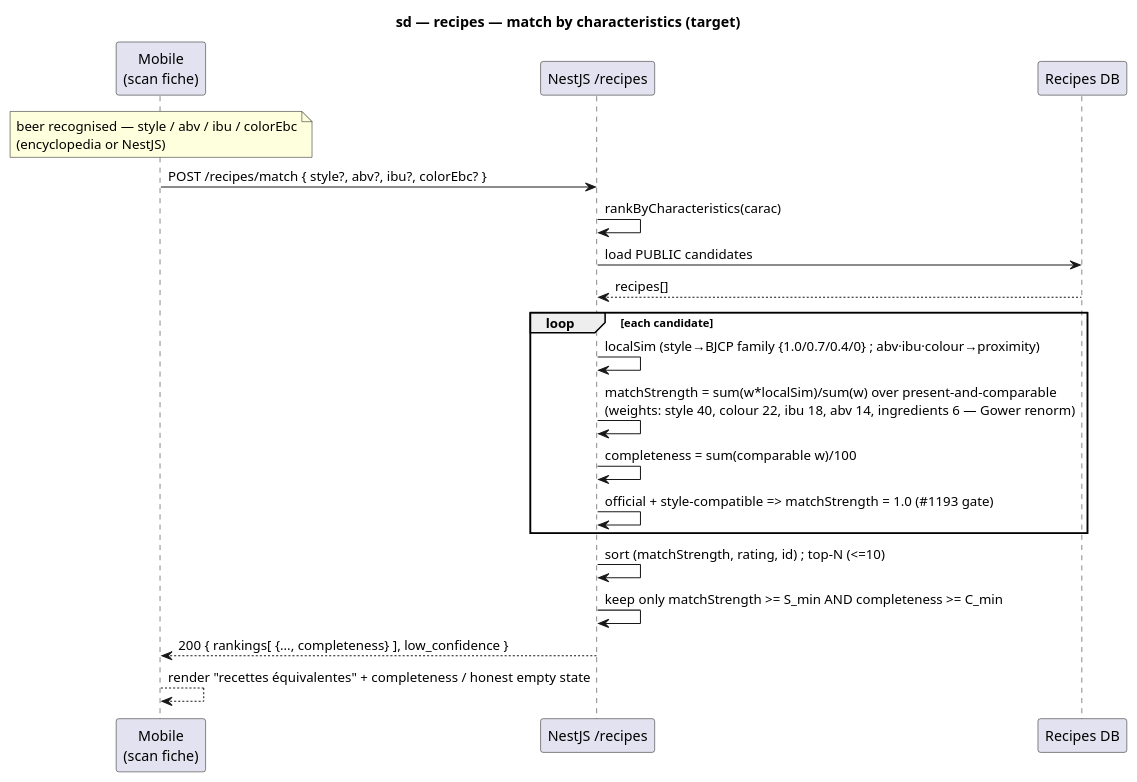
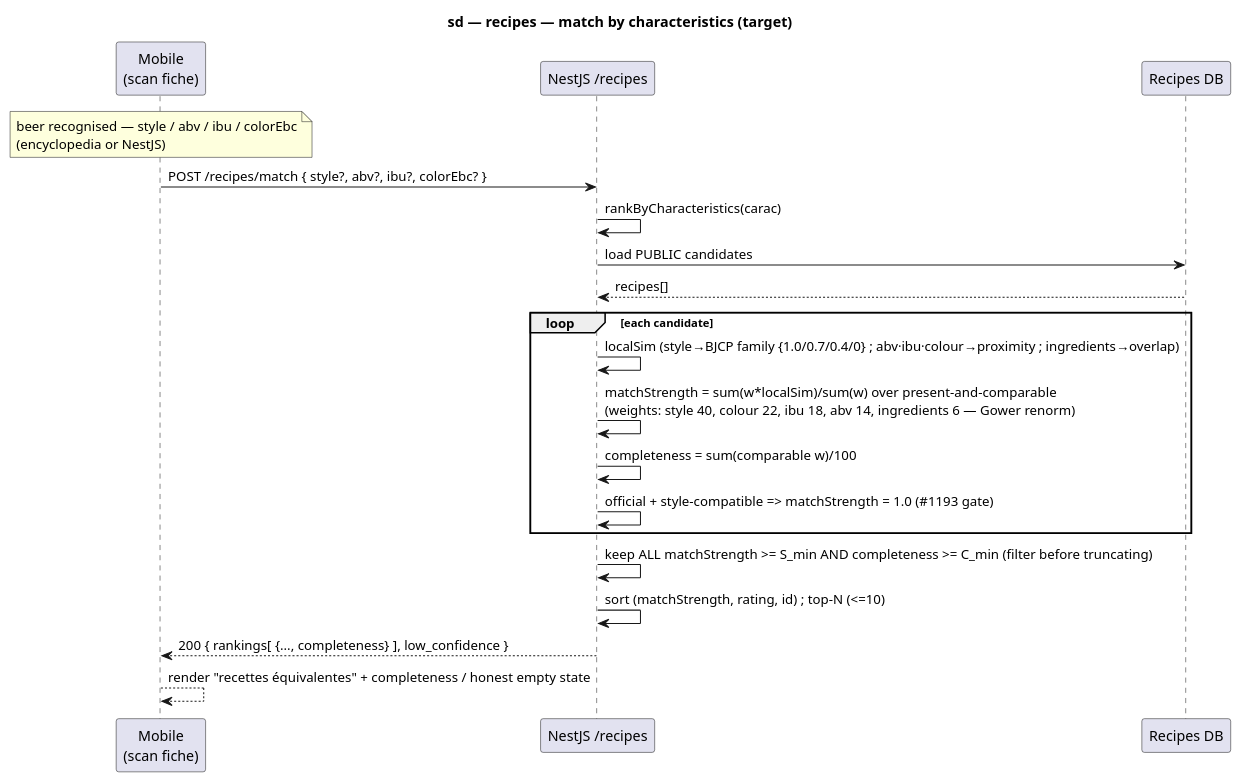
The second of 2 diagrams in docs/architecture/diagrams/recipes/06-sequence-recipe-matching.md (benoit-bremaud/brasse-bouillon), drawn with PlantUML before and after one commit. The commit also changed other lines of this file and 2 other files, not shown here.

First line of the commit message:
docs(architecture): address ADR-0016 review (filter-before-top-N, ingredients localSim, OFF-style estimated unconditionally)

````diff
--- a/docs/architecture/diagrams/recipes/06-sequence-recipe-matching.md
+++ b/docs/architecture/diagrams/recipes/06-sequence-recipe-matching.md
@@ -65,24 +65,24 @@
 ```plantuml
 @startuml
 title sd — recipes — match by characteristics (target)
 participant "Mobile\n(scan fiche)" as M
 participant "NestJS /recipes" as API
 participant "Recipes DB" as DB
 
 note over M : beer recognised — style / abv / ibu / colorEbc\n(encyclopedia or NestJS)
 M -> API : POST /recipes/match { style?, abv?, ibu?, colorEbc? }
 API -> API : rankByCharacteristics(carac)
 API -> DB : load PUBLIC candidates
 DB --> API : recipes[]
 loop each candidate
-  API -> API : localSim (style→BJCP family {1.0/0.7/0.4/0} ; abv·ibu·colour→proximity)
+  API -> API : localSim (style→BJCP family {1.0/0.7/0.4/0} ; abv·ibu·colour→proximity ; ingredients→overlap)
   API -> API : matchStrength = sum(w*localSim)/sum(w) over present-and-comparable\n(weights: style 40, colour 22, ibu 18, abv 14, ingredients 6 — Gower renorm)
   API -> API : completeness = sum(comparable w)/100
   API -> API : official + style-compatible => matchStrength = 1.0 (#1193 gate)
 end
+API -> API : keep ALL matchStrength >= S_min AND completeness >= C_min (filter before truncating)
 API -> API : sort (matchStrength, rating, id) ; top-N (<=10)
-API -> API : keep only matchStrength >= S_min AND completeness >= C_min
 API --> M : 200 { rankings[ {..., completeness} ], low_confidence }
 M --> M : render "recettes équivalentes" + completeness / honest empty state
 @enduml
 ```
````
